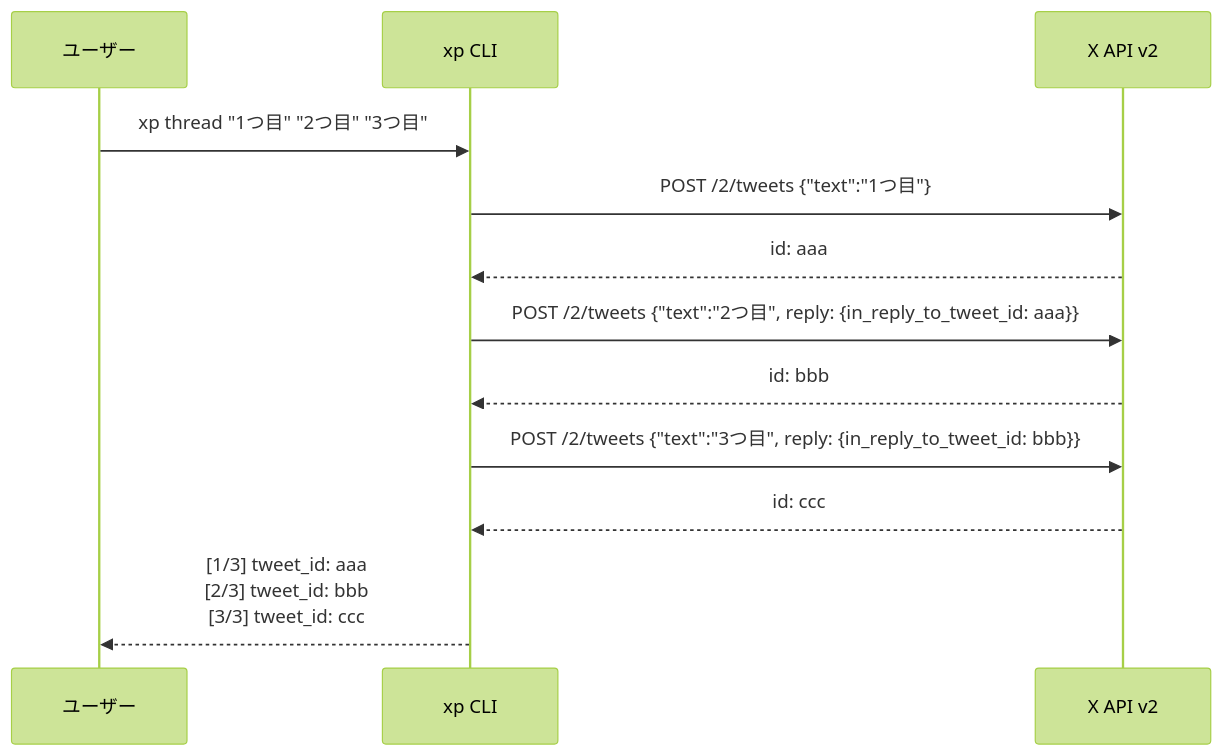
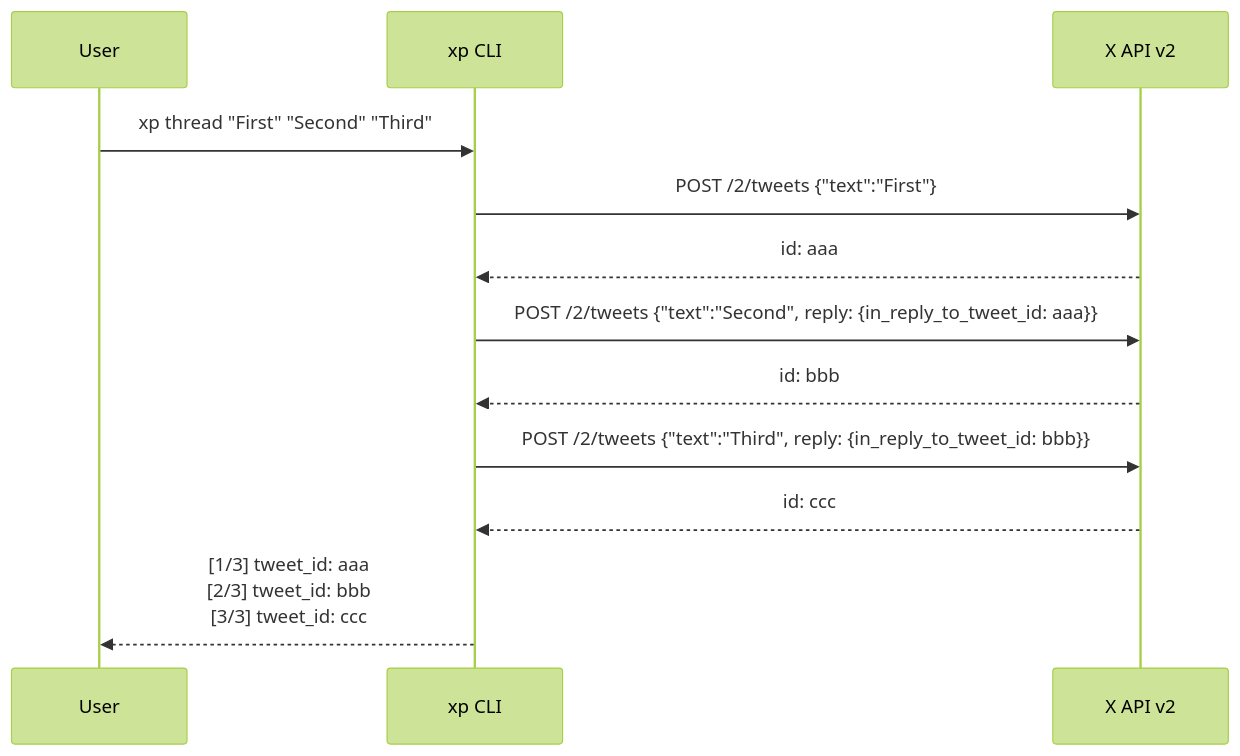
Before and after one commit to tawachan/xp: the third of 4 diagrams in README.md, drawn with Mermaid (forest theme). The commit also changed other lines of this file and 1 other file, not shown here.

````diff
--- a/README.md
+++ b/README.md
@@ -131,15 +173,15 @@
 ```mermaid
 sequenceDiagram
-    participant U as ユーザー
-    participant X as xp CLI
+    participant U as User
+    participant C as xp CLI
     participant A as X API v2
 
-    U->>X: xp thread "1つ目" "2つ目" "3つ目"
-    X->>A: POST /2/tweets {"text":"1つ目"}
-    A-->>X: id: aaa
-    X->>A: POST /2/tweets {"text":"2つ目", reply: {in_reply_to_tweet_id: aaa}}
-    A-->>X: id: bbb
-    X->>A: POST /2/tweets {"text":"3つ目", reply: {in_reply_to_tweet_id: bbb}}
-    A-->>X: id: ccc
-    X-->>U: [1/3] tweet_id: aaa<br/>[2/3] tweet_id: bbb<br/>[3/3] tweet_id: ccc
+    U->>C: xp thread "First" "Second" "Third"
+    C->>A: POST /2/tweets {"text":"First"}
+    A-->>C: id: aaa
+    C->>A: POST /2/tweets {"text":"Second", reply: {in_reply_to_tweet_id: aaa}}
+    A-->>C: id: bbb
+    C->>A: POST /2/tweets {"text":"Third", reply: {in_reply_to_tweet_id: bbb}}
+    A-->>C: id: ccc
+    C-->>U: [1/3] tweet_id: aaa<br/>[2/3] tweet_id: bbb<br/>[3/3] tweet_id: ccc
 ```
````
